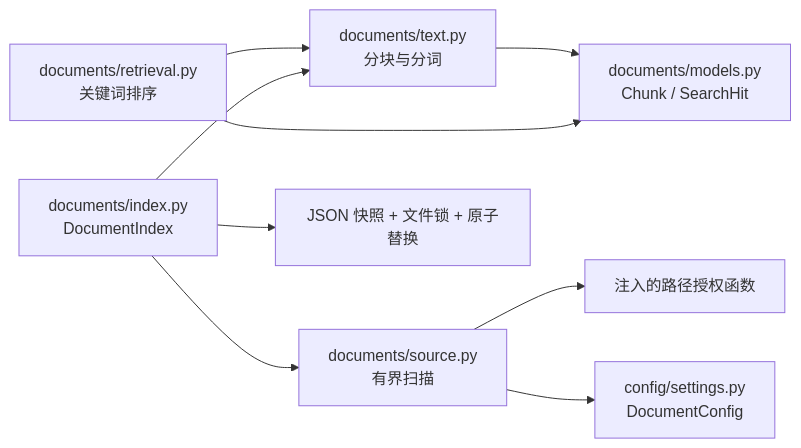
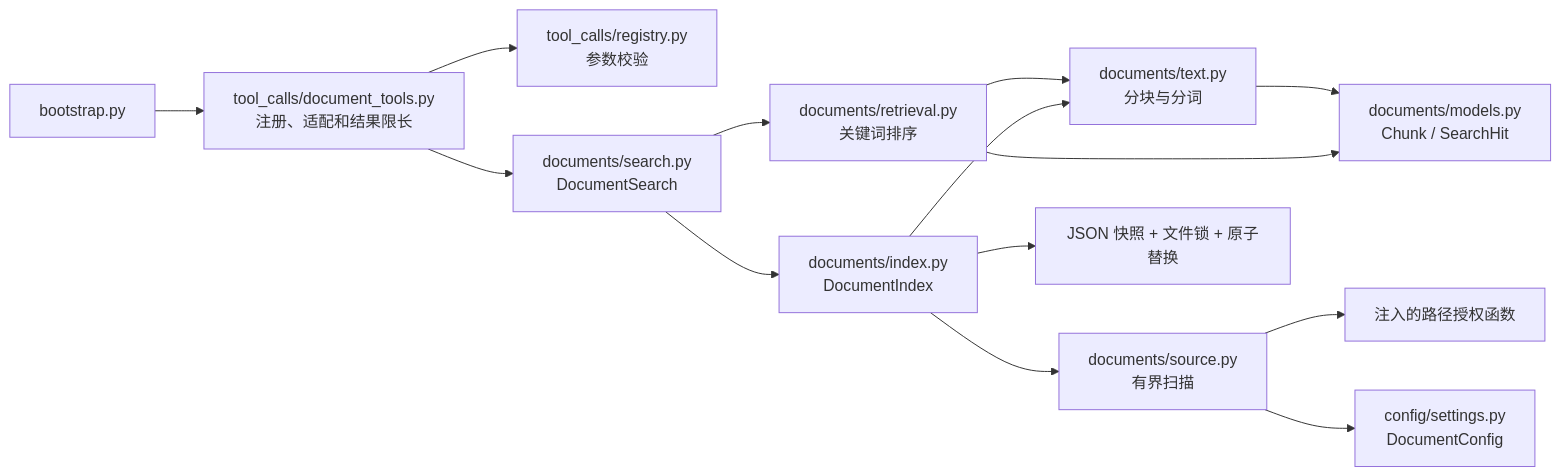
The first of 6 diagrams in docs/architecture.md (Plvltra/AdamAgent), drawn with Mermaid before and after one commit. The commit also changed other lines of this file and 13 other files, not shown here.

````diff
--- a/docs/architecture.md
+++ b/docs/architecture.md
@@ -13,11 +13,16 @@
 ```mermaid
 flowchart LR
     TEXT["documents/text.py<br/>分块与分词"] --> VALUES["documents/models.py<br/>Chunk / SearchHit"]
     RANK["documents/retrieval.py<br/>关键词排序"] --> TEXT
     RANK --> VALUES
+    BOOT["bootstrap.py"] --> TOOLS["tool_calls/document_tools.py<br/>注册、适配和结果限长"]
+    TOOLS --> REGISTRY["tool_calls/registry.py<br/>参数校验"]
+    TOOLS --> SEARCH["documents/search.py<br/>DocumentSearch"]
+    SEARCH --> RANK
+    SEARCH --> INDEX
     INDEX["documents/index.py<br/>DocumentIndex"] --> SOURCE["documents/source.py<br/>有界扫描"]
     SOURCE --> AUTH["注入的路径授权函数"]
     INDEX --> TEXT
     INDEX --> CACHE["JSON 快照 + 文件锁 + 原子替换"]
     SOURCE --> CONFIG["config/settings.py<br/>DocumentConfig"]
 ```
````
